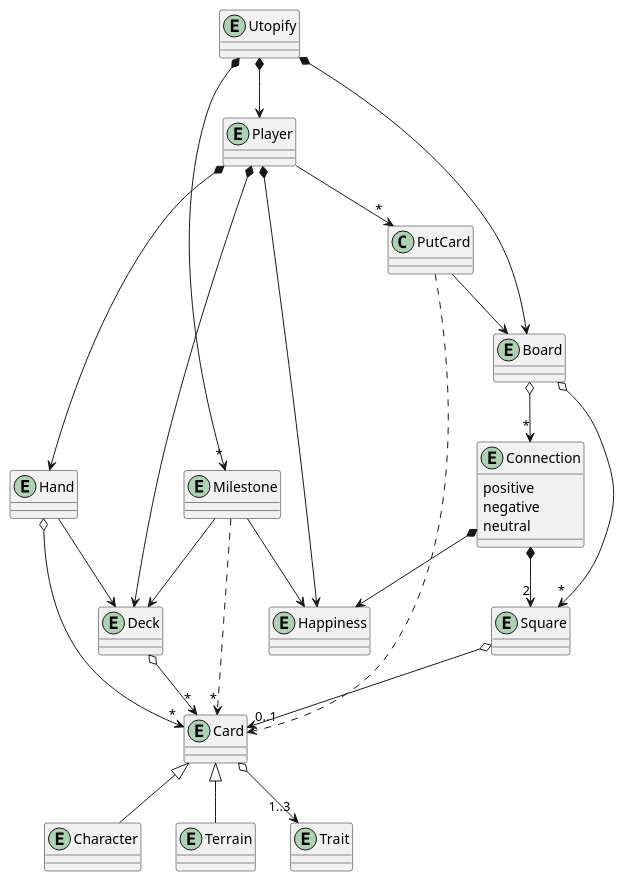
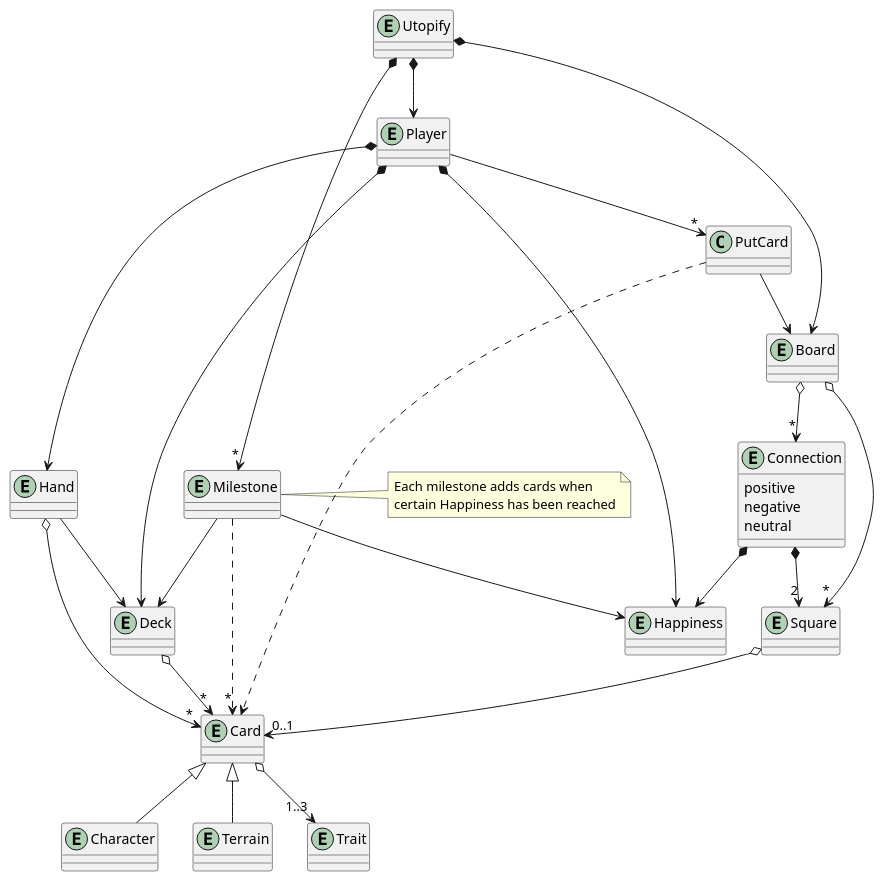
The diagram in Diagrams/UML/DomainModel.puml (Juan-Albert/Utopify), drawn with PlantUML before and after one commit.

Commit message:
docs: add behavior note to milestone

```diff
--- a/Diagrams/UML/DomainModel.puml
+++ b/Diagrams/UML/DomainModel.puml
@@ -1,51 +1,52 @@
 @startuml
 
 entity Utopify
 entity Player
 entity Deck
 entity Hand
 entity Card
 entity Character
 entity Terrain
 entity Trait
 entity Board
 entity Square
 entity Connection
 {
     positive
     negative
     neutral
 }
 
 entity Happiness
 entity Milestone
+note right: Each milestone adds cards when\ncertain Happiness has been reached
 
 Utopify *--> Player
 Player *--> Deck
 Player *--> Hand
 Player --> "*" PutCard
 Hand --> Deck
 Hand o--> "*" Card
 Deck o--> "*" Card
 Card o--> "1..3" Trait
 Card <|-- Character
 Card <|-- Terrain
 
 Player *--> Happiness
 
 Utopify *--> Board
 Board o--> "*" Square
 Board o--> "*" Connection
 Square o--> "0..1" Card
 Connection *--> "2" Square
 Connection *--> Happiness
 
 PutCard --> Board
 PutCard ..> Card
 
 Utopify *--> "*" Milestone
 Milestone --> Happiness
 Milestone --> Deck
 Milestone ..> "*" Card 
 
 @enduml
```
